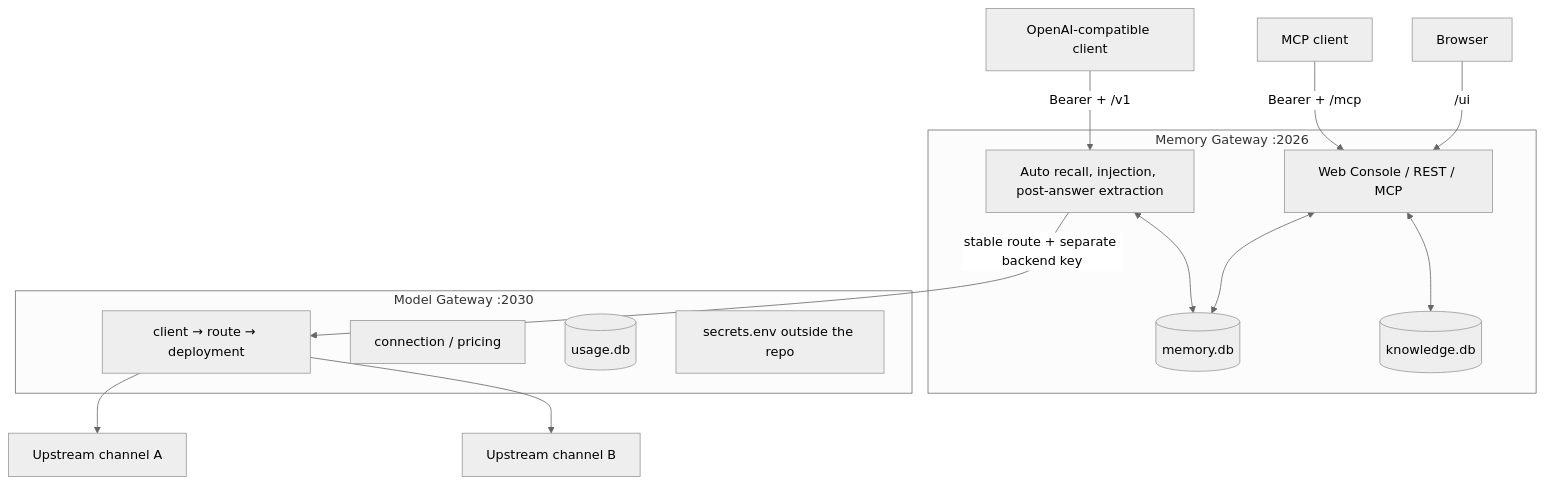
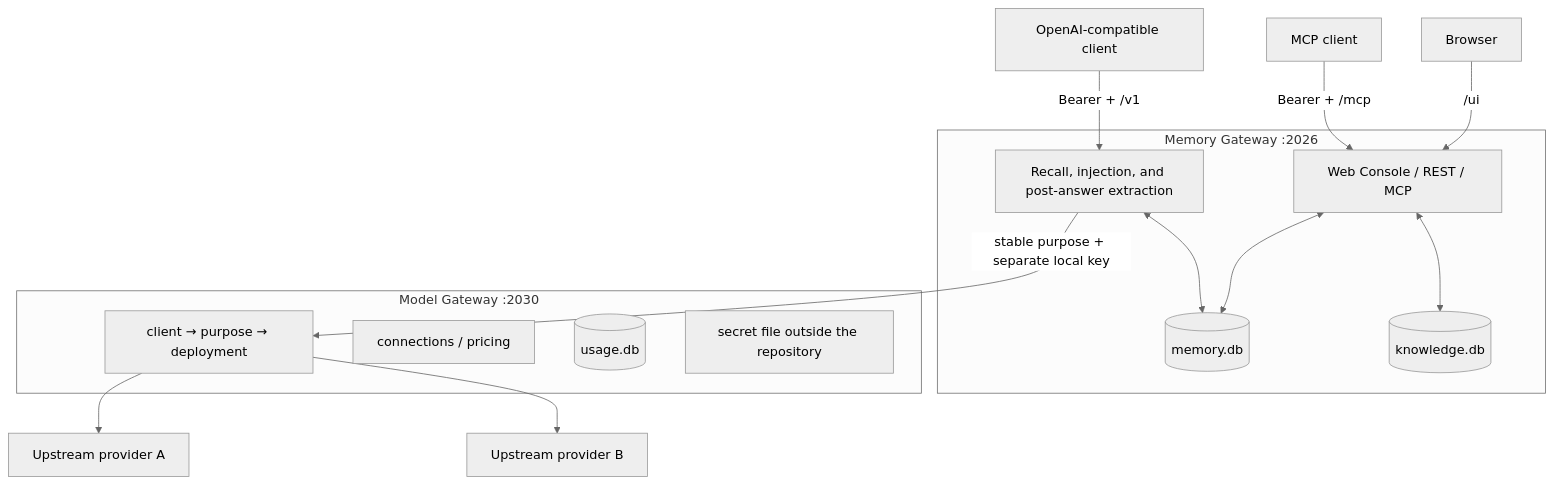
One commit to SparkHello/Memory_Platform changed the diagram in README.en.md. Above: the diagram before and after it, drawn with Mermaid (neutral theme). The commit also changed other lines of this file and 6 other files, not shown here.

````diff
--- a/README.en.md
+++ b/README.en.md
@@ -114,28 +230,28 @@
 ```mermaid
 flowchart TB
     Client["OpenAI-compatible client"] -->|"Bearer + /v1"| Chat
     MCPClient["MCP client"] -->|"Bearer + /mcp"| Console
     Browser["Browser"] -->|"/ui"| Console
 
     subgraph Memory["Memory Gateway :2026"]
-        Chat["Auto recall, injection, post-answer extraction"]
+        Chat["Recall, injection, and post-answer extraction"]
         MemoryDB[("memory.db")]
         Knowledge[("knowledge.db")]
         Console["Web Console / REST / MCP"]
     end
 
     Chat <--> MemoryDB
     Console <--> MemoryDB
     Console <--> Knowledge
-    Chat -->|"stable route + separate backend key"| Route
+    Chat -->|"stable purpose + separate local key"| Route
 
     subgraph Model["Model Gateway :2030"]
-        Route["client → route → deployment"]
-        Config["connection / pricing"]
+        Route["client → purpose → deployment"]
+        Config["connections / pricing"]
         Usage[("usage.db")]
-        Secrets["secrets.env outside the repo"]
+        Secrets["secret file outside the repository"]
     end
 
-    Route --> ProviderA["Upstream channel A"]
-    Route --> ProviderB["Upstream channel B"]
+    Route --> ProviderA["Upstream provider A"]
+    Route --> ProviderB["Upstream provider B"]
 ```
````
